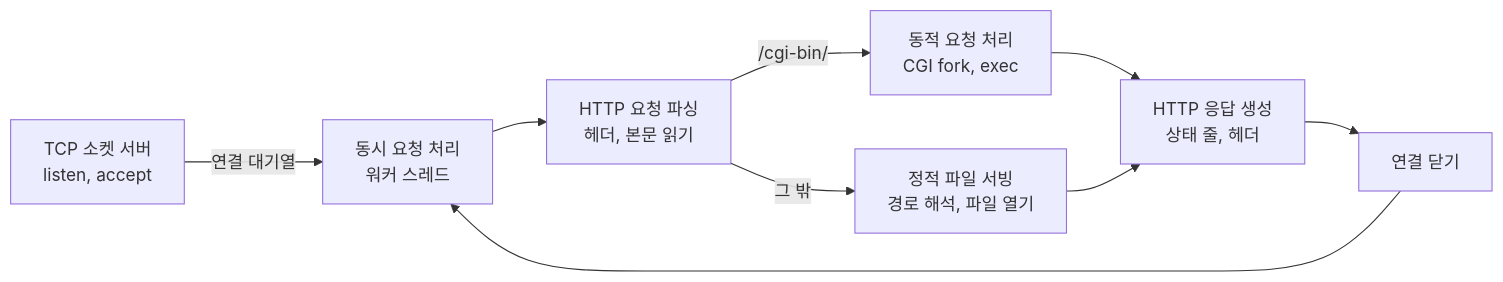
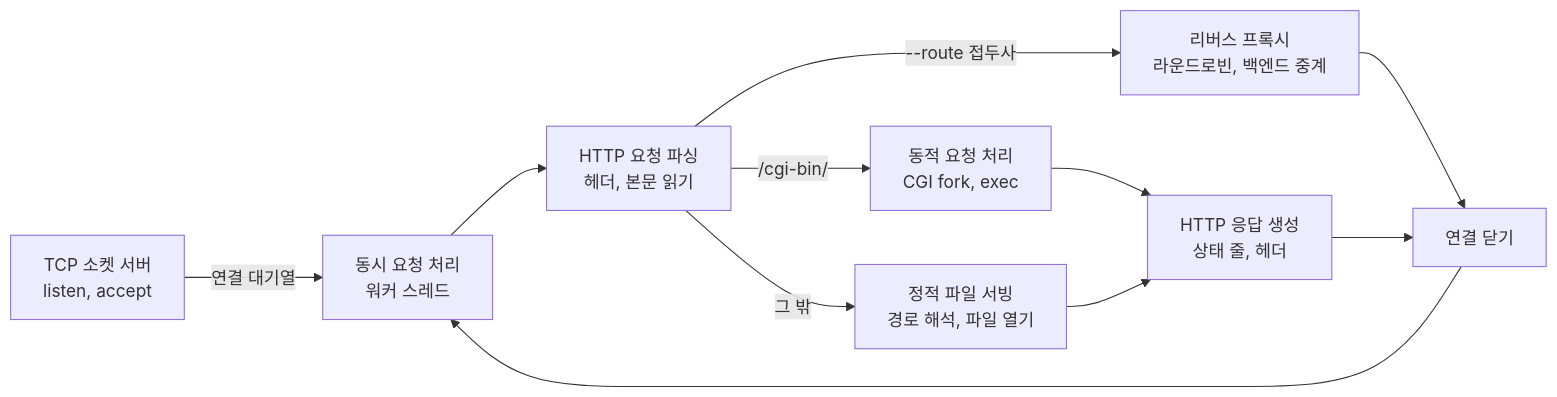
The diagram in docs/README.md (choimoohun/SW-AI-W13-Web-Server), drawn with Mermaid before and after one commit. The commit also changed other lines of this file and 21 other files, not shown here.

First line of the commit message:
feat: 경로 접두사 라우팅과 라운드로빈 리버스 프록시로 7단계 구현

````diff
--- a/docs/README.md
+++ b/docs/README.md
@@ -13,11 +13,13 @@
 ```mermaid
 flowchart LR
     A["TCP 소켓 서버<br/>listen, accept"] -->|"연결 대기열"| W["동시 요청 처리<br/>워커 스레드"]
     W --> B["HTTP 요청 파싱<br/>헤더, 본문 읽기"]
+    B -->|"--route 접두사"| P["리버스 프록시<br/>라운드로빈, 백엔드 중계"]
+    P --> E
     B -->|"그 밖"| C["정적 파일 서빙<br/>경로 해석, 파일 열기"]
     B -->|"/cgi-bin/"| G["동적 요청 처리<br/>CGI fork, exec"]
     G --> D
     C --> D["HTTP 응답 생성<br/>상태 줄, 헤더"]
     D --> E["연결 닫기"]
     E --> W
 ```
````
